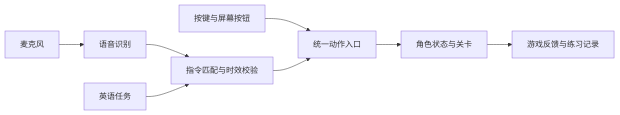
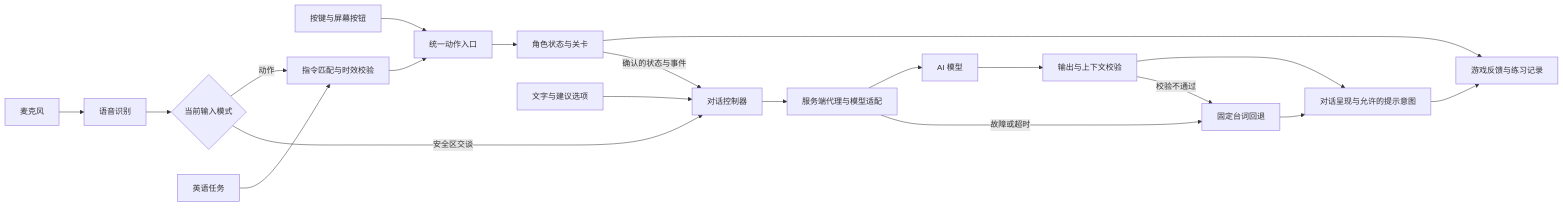
Before and after one commit to RJ-SRE/EasyRun: the diagram in WordRunner_PRD_v0.1.md, drawn with Mermaid. The commit also changed other lines of this file and 8 other files, not shown here.

````diff
--- a/WordRunner_PRD_v0.1.md
+++ b/WordRunner_PRD_v0.1.md
@@ -308,10 +409,22 @@
 ```mermaid
 flowchart LR
     K[按键与屏幕按钮] --> D[统一动作入口]
     M[麦克风] --> A[语音识别]
-    A --> V[指令匹配与时效校验]
+    A --> I{当前输入模式}
+    I -->|动作| V[指令匹配与时效校验]
     V --> D
     D --> G[角色状态与关卡]
     T[英语任务] --> V
     G --> R[游戏反馈与练习记录]
+    I -->|安全区交谈| C[对话控制器]
+    Q[文字与建议选项] --> C
+    G -->|确认的状态与事件| C
+    C --> P[服务端代理与模型适配]
+    P --> L[AI 模型]
+    L --> S[输出与上下文校验]
+    S --> U[对话呈现与允许的提示意图]
+    S -->|校验不通过| F[固定台词回退]
+    P -->|故障或超时| F
+    F --> U
+    U --> R
 ```
````
